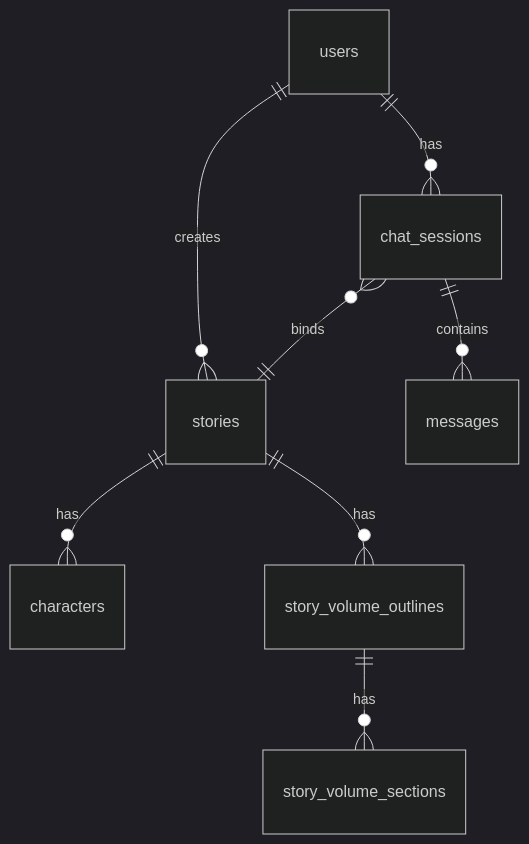
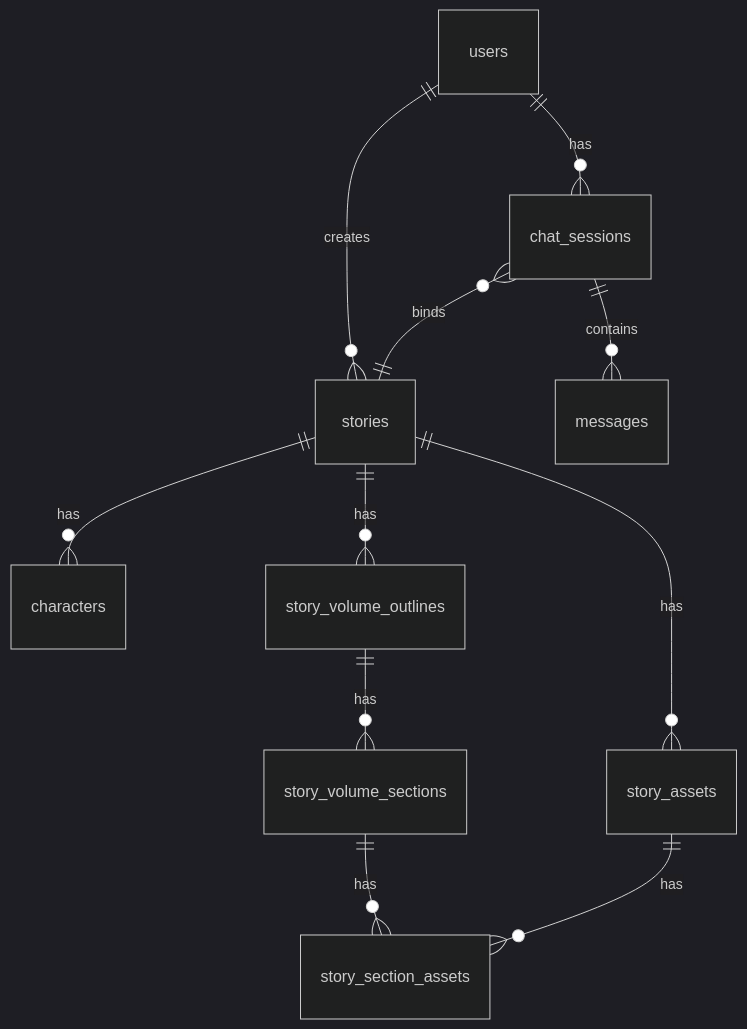
One commit to zhy13339561489-crypto/aisay changed the diagram in README.md. Above: the diagram before and after it, drawn with Mermaid (dark theme). The commit also changed other lines of this file, not shown here.

First line of the commit message:
@ 更新README：新增AI资产生成、豆包图片、漫剧风格等功能说明

````diff
--- a/README.md
+++ b/README.md
@@ -194,10 +209,13 @@
 ```mermaid
 erDiagram
     users ||--o{ chat_sessions : has
     users ||--o{ stories : creates
     chat_sessions }o--|| stories : binds
     chat_sessions ||--o{ messages : contains
     stories ||--o{ characters : has
     stories ||--o{ story_volume_outlines : has
     story_volume_outlines ||--o{ story_volume_sections : has
+    stories ||--o{ story_assets : has
+    story_volume_sections ||--o{ story_section_assets : has
+    story_assets ||--o{ story_section_assets : has
 ```
````
